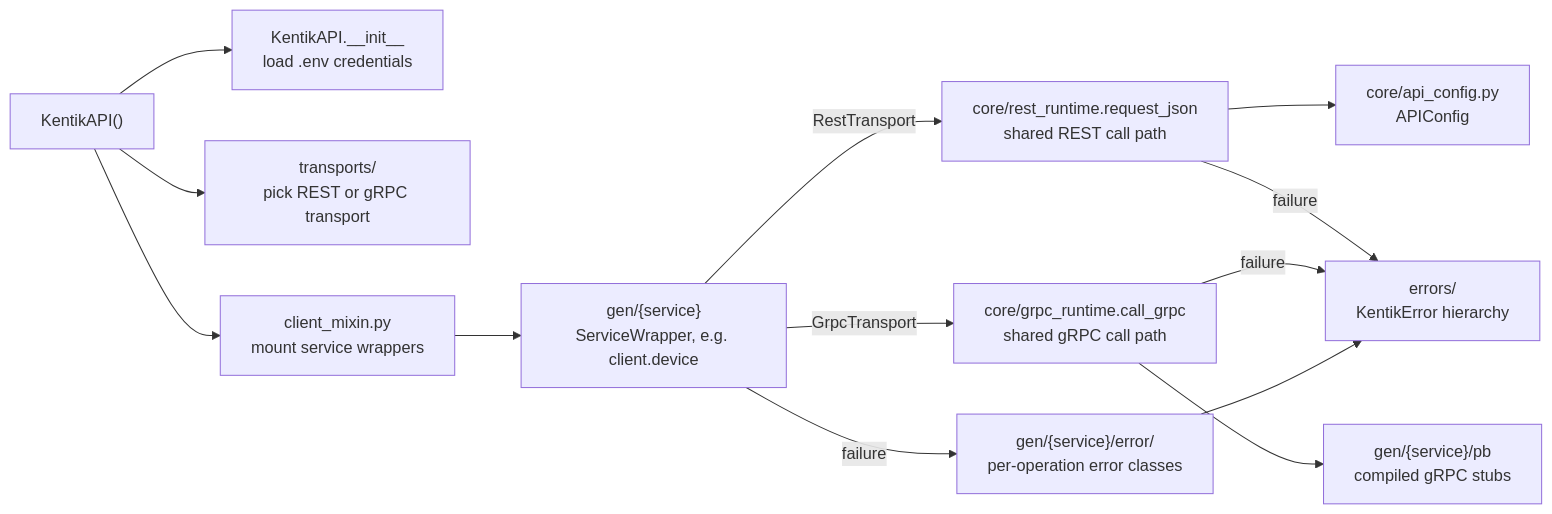
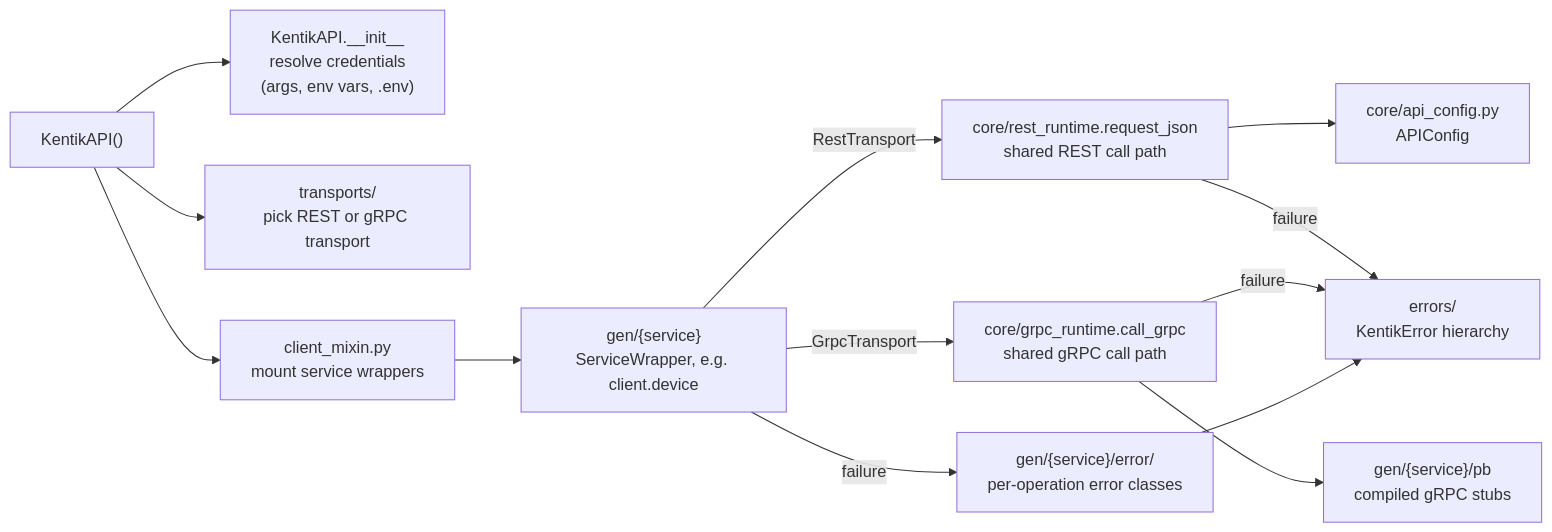
The diagram in src/kentik_api/README.md (alexdearaujo/community_sdk_python), drawn with Mermaid before and after one commit. The commit also changed other lines of this file and 9 other files, not shown here.

````diff
--- a/src/kentik_api/README.md
+++ b/src/kentik_api/README.md
@@ -28,16 +28,16 @@
 ```mermaid
 flowchart LR
-    A["KentikAPI()"] --> B["KentikAPI.__init__<br/>load .env credentials"]
+    A["KentikAPI()"] --> B["KentikAPI.__init__<br/>resolve credentials<br/>(args, env vars, .env)"]
     A --> C["transports/<br/>pick REST or gRPC transport"]
     A --> D["client_mixin.py<br/>mount service wrappers"]
     D --> E["gen/{service}<br/>ServiceWrapper, e.g. client.device"]
     E -->|RestTransport| F["core/rest_runtime.request_json<br/>shared REST call path"]
     E -->|GrpcTransport| J["core/grpc_runtime.call_grpc<br/>shared gRPC call path"]
     F --> G["core/api_config.py<br/>APIConfig"]
     J --> K["gen/{service}/pb<br/>compiled gRPC stubs"]
     F -->|failure| H["errors/<br/>KentikError hierarchy"]
     J -->|failure| H
     E -->|failure| I["gen/{service}/error/<br/>per-operation error classes"]
     I --> H
 
 ```
````
